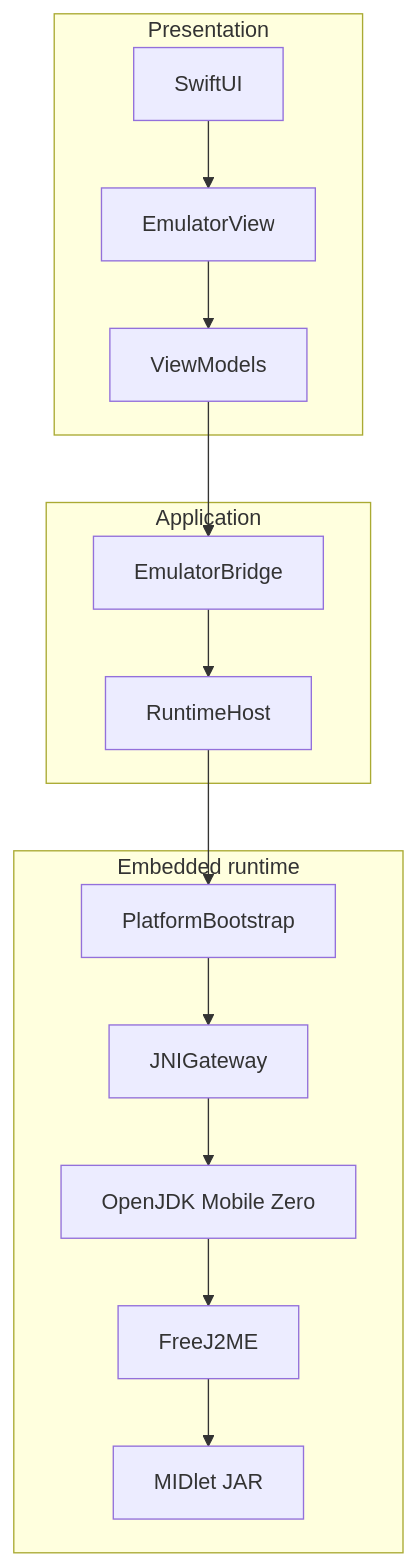
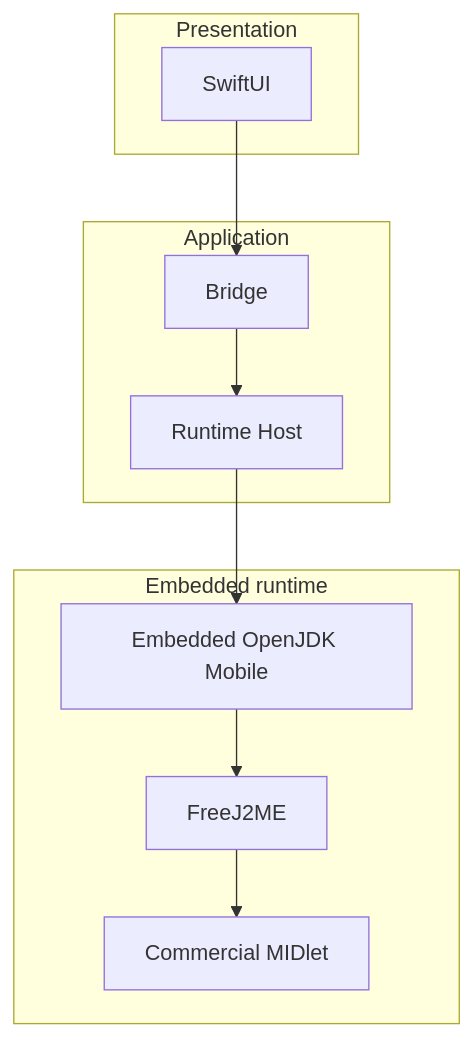
One commit to flakito-loko/CoreJ2 changed the first of 2 diagrams in docs/architecture.md. Above: the diagram before and after it, drawn with Mermaid. The commit also changed other lines of this file and 24 other files, not shown here.

````diff
--- a/docs/architecture.md
+++ b/docs/architecture.md
@@ -27,20 +21,16 @@
 ```mermaid
 flowchart TB
   subgraph presentation [Presentation]
     UI[SwiftUI]
-    EV[EmulatorView]
-    VM[ViewModels]
   end
   subgraph application [Application]
-    Bridge[EmulatorBridge]
-    Host[RuntimeHost]
+    Bridge[Bridge]
+    Host[Runtime Host]
   end
   subgraph runtime [Embedded runtime]
-    PB[PlatformBootstrap]
-    JNI[JNIGateway]
-    JVM[OpenJDK Mobile Zero]
+    JVM[Embedded OpenJDK Mobile]
     FJ[FreeJ2ME]
-    Mid[MIDlet JAR]
+    Mid[Commercial MIDlet]
   end
-  UI --> EV --> VM --> Bridge --> Host --> PB --> JNI --> JVM --> FJ --> Mid
+  UI --> Bridge --> Host --> JVM --> FJ --> Mid
 ```
````
